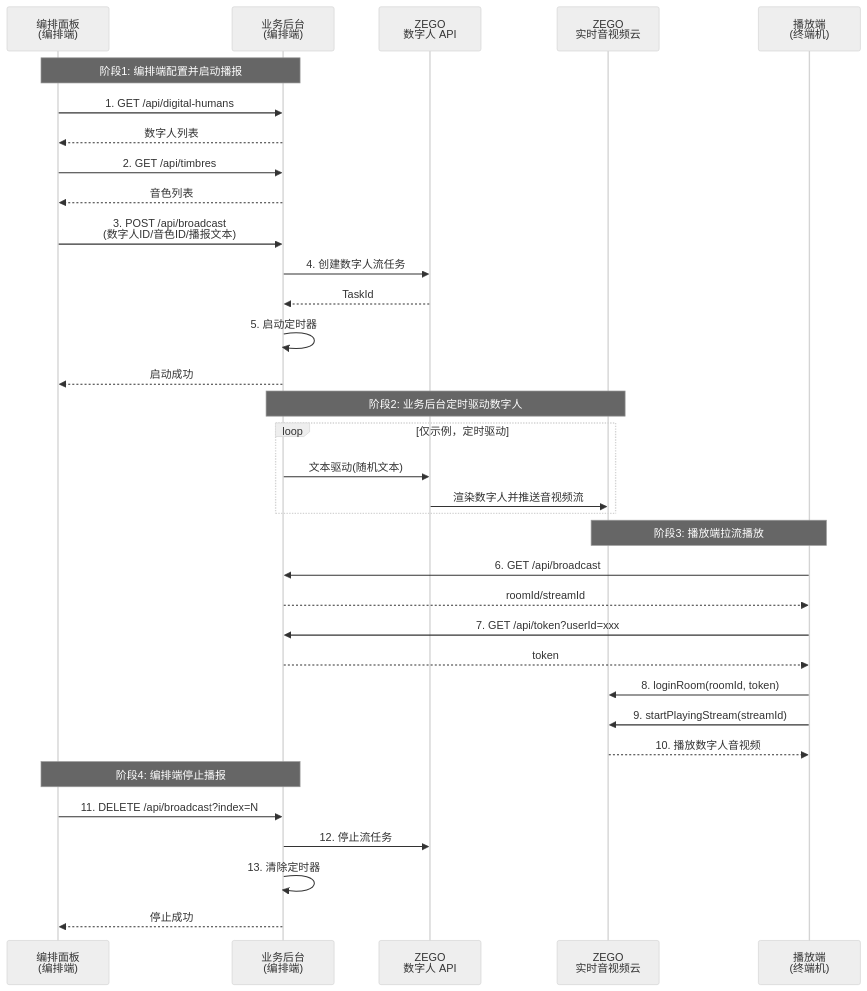
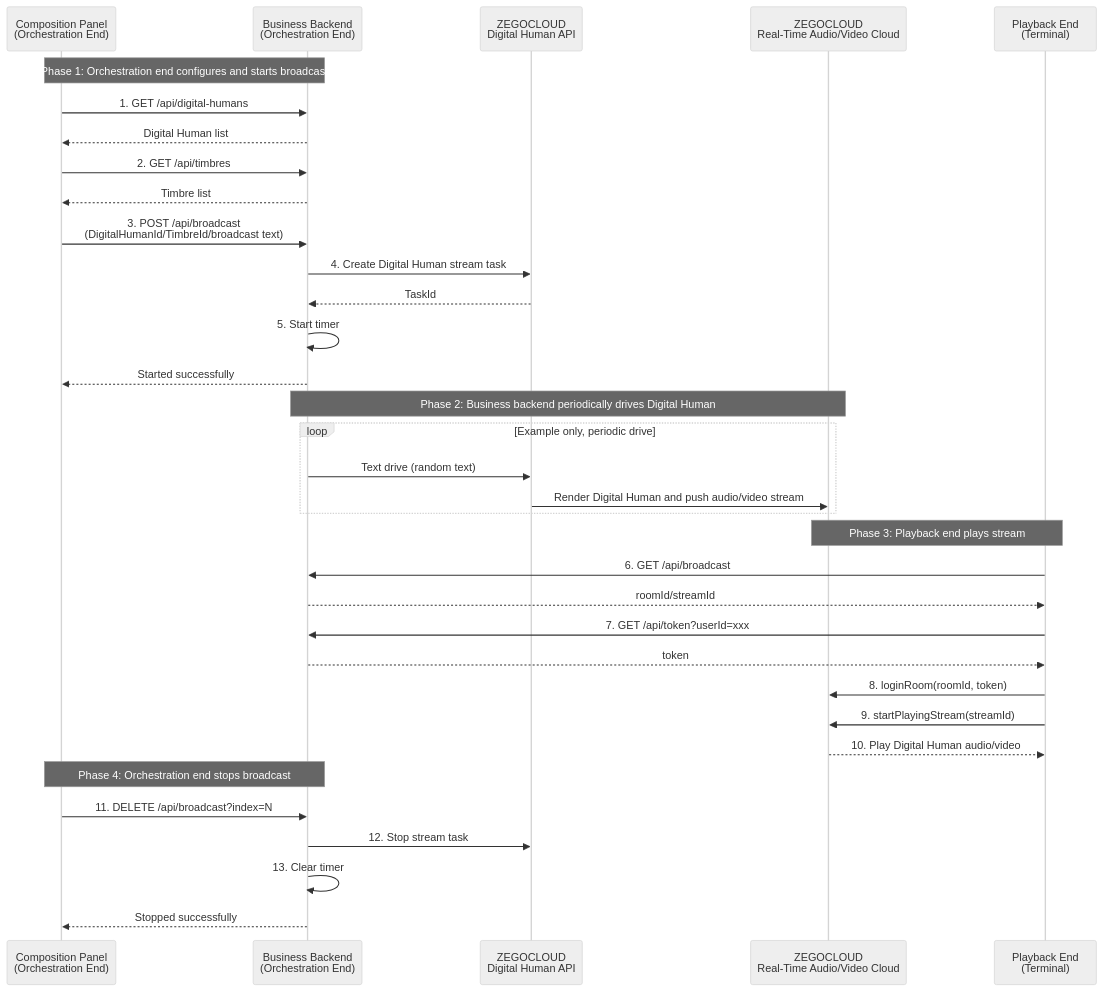
The diagram in core_products/digital-human/en/server/quick-start/real-time-broadcasting.mdx (ZEGOCLOUD/docs_all), drawn with Mermaid (neutral theme) before and after one commit. The commit also changed other lines of this file and 65 other files, not shown here.

First line of the commit message:
DigitalHuman: Translate Chinese docs to English

````diff
--- a/core_products/digital-human/en/server/quick-start/real-time-broadcasting.mdx
+++ b/core_products/digital-human/en/server/quick-start/real-time-broadcasting.mdx
@@ -80,40 +79,40 @@
 ```mermaid
 sequenceDiagram
-    participant 编排端 as 编排面板<br/>(编排端)
-    participant 业务后台 as 业务后台<br/>(编排端)
-    participant 数字人API as ZEGO<br/>数字人 API
-    participant RTC云 as ZEGO<br/>实时音视频云
-    participant 播放端 as 播放端<br/>(终端机)
+    participant Orchestrator as Composition Panel<br/>(Orchestration End)
+    participant Backend as Business Backend<br/>(Orchestration End)
+    participant DAPI as ZEGOCLOUD<br/>Digital Human API
+    participant RTC as ZEGOCLOUD<br/>Real-Time Audio/Video Cloud
+    participant Player as Playback End<br/>(Terminal)
 
-    Note over 编排端,业务后台: 阶段1: 编排端配置并启动播报
-    编排端->>业务后台: 1. GET /api/digital-humans
-    业务后台-->>编排端: 数字人列表
-    编排端->>业务后台: 2. GET /api/timbres
-    业务后台-->>编排端: 音色列表
-    编排端->>业务后台: 3. POST /api/broadcast<br/>(数字人ID/音色ID/播报文本)
-    业务后台->>数字人API: 4. 创建数字人流任务
-    数字人API-->>业务后台: TaskId
-    业务后台->>业务后台: 5. 启动定时器
-    业务后台-->>编排端: 启动成功
+    Note over Orchestrator,Backend: Phase 1: Orchestration end configures and starts broadcast
+    Orchestrator->>Backend: 1. GET /api/digital-humans
+    Backend-->>Orchestrator: Digital Human list
+    Orchestrator->>Backend: 2. GET /api/timbres
+    Backend-->>Orchestrator: Timbre list
+    Orchestrator->>Backend: 3. POST /api/broadcast<br/>(DigitalHumanId/TimbreId/broadcast text)
+    Backend->>DAPI: 4. Create Digital Human stream task
+    DAPI-->>Backend: TaskId
+    Backend->>Backend: 5. Start timer
+    Backend-->>Orchestrator: Started successfully
 
-    Note over 业务后台,RTC云: 阶段2: 业务后台定时驱动数字人
-    loop 仅示例，定时驱动
-        业务后台->>数字人API: 文本驱动(随机文本)
-        数字人API->>RTC云: 渲染数字人并推送音视频流
+    Note over Backend,RTC: Phase 2: Business backend periodically drives Digital Human
+    loop Example only, periodic drive
+        Backend->>DAPI: Text drive (random text)
+        DAPI->>RTC: Render Digital Human and push audio/video stream
     end
 
-    Note over 播放端,RTC云: 阶段3: 播放端拉流播放
-    播放端->>业务后台: 6. GET /api/broadcast
-    业务后台-->>播放端: roomId/streamId
-    播放端->>业务后台: 7. GET /api/token?userId=xxx
-    业务后台-->>播放端: token
-    播放端->>RTC云: 8. loginRoom(roomId, token)
-    播放端->>RTC云: 9. startPlayingStream(streamId)
-    RTC云-->>播放端: 10. 播放数字人音视频
+    Note over Player,RTC: Phase 3: Playback end plays stream
+    Player->>Backend: 6. GET /api/broadcast
+    Backend-->>Player: roomId/streamId
+    Player->>Backend: 7. GET /api/token?userId=xxx
+    Backend-->>Player: token
+    Player->>RTC: 8. loginRoom(roomId, token)
+    Player->>RTC: 9. startPlayingStream(streamId)
+    RTC-->>Player: 10. Play Digital Human audio/video
 
-    Note over 编排端,业务后台: 阶段4: 编排端停止播报
-    编排端->>业务后台: 11. DELETE /api/broadcast?index=N
-    业务后台->>数字人API: 12. 停止流任务
-    业务后台->>业务后台: 13. 清除定时器
-    业务后台-->>编排端: 停止成功
+    Note over Orchestrator,Backend: Phase 4: Orchestration end stops broadcast
+    Orchestrator->>Backend: 11. DELETE /api/broadcast?index=N
+    Backend->>DAPI: 12. Stop stream task
+    Backend->>Backend: 13. Clear timer
+    Backend-->>Orchestrator: Stopped successfully
 ```
````
